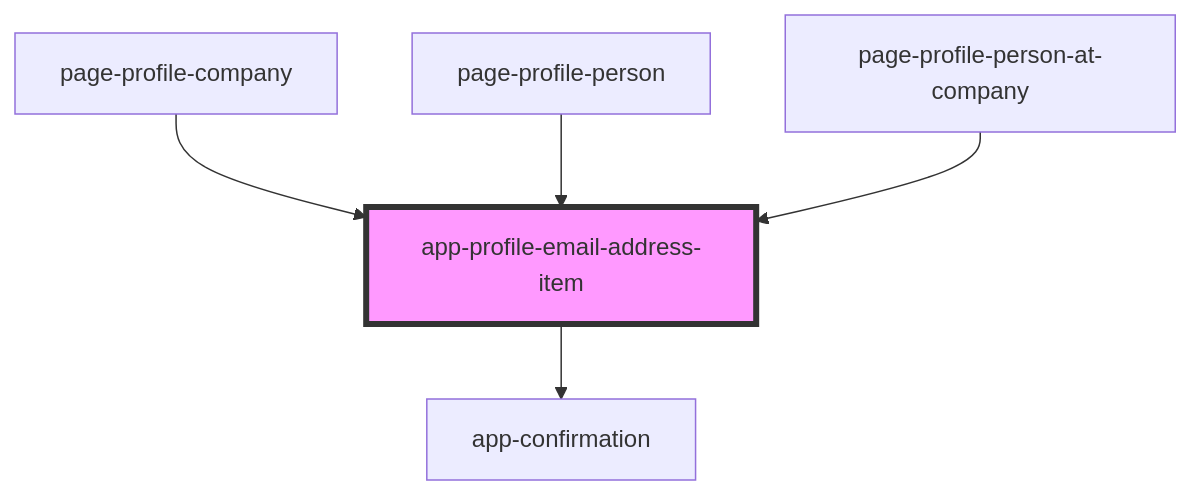
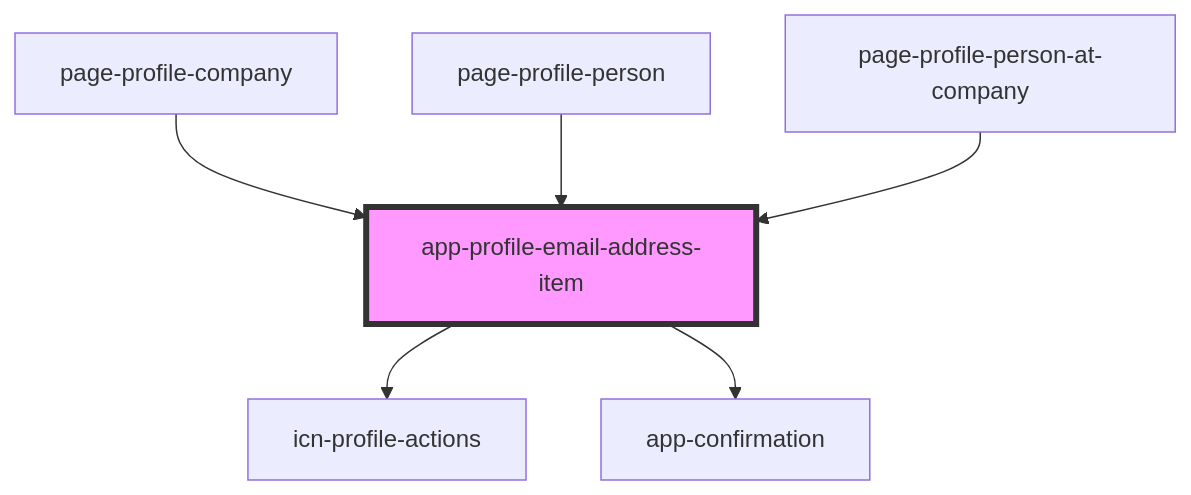
One commit to lokheed/IconEventNetwork.Web changed the diagram in iconeventnetwork-web/src/components/app-profile-email-address-item/readme.md. Above: the diagram before and after it, drawn with Mermaid. The commit also changed other lines of this file and 37 other files, not shown here.

Commit message:
refactor profile edit/delete actions

````diff
--- a/iconeventnetwork-web/src/components/app-profile-email-address-item/readme.md
+++ b/iconeventnetwork-web/src/components/app-profile-email-address-item/readme.md
@@ -40,8 +41,9 @@
 ```mermaid
 graph TD;
+  app-profile-email-address-item --> icn-profile-actions
   app-profile-email-address-item --> app-confirmation
   page-profile-company --> app-profile-email-address-item
   page-profile-person --> app-profile-email-address-item
   page-profile-person-at-company --> app-profile-email-address-item
   style app-profile-email-address-item fill:#f9f,stroke:#333,stroke-width:4px
 ```
````
